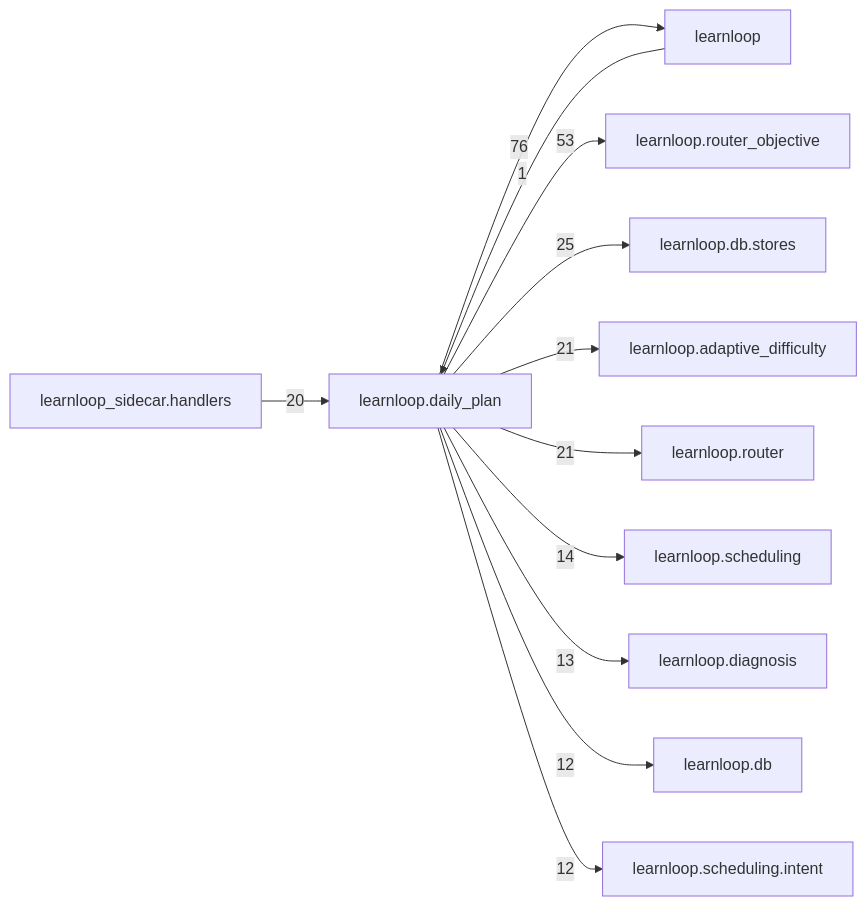
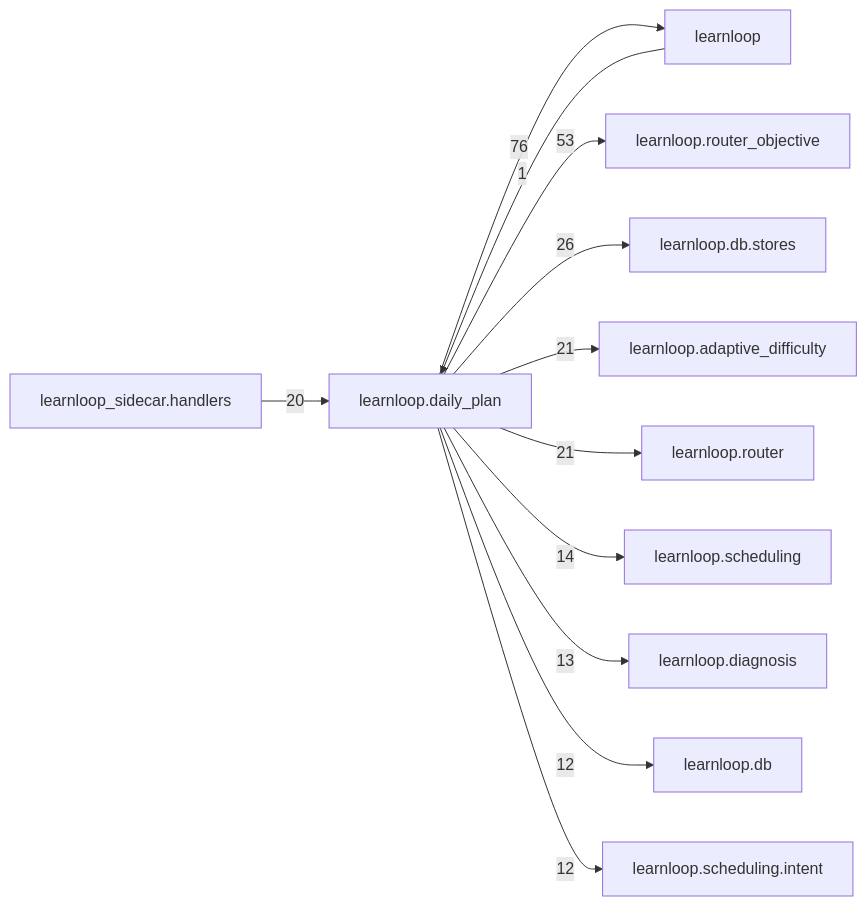
Before and after one commit to 6up-b/learnanything: the diagram in docs/learnloop-architecture-vault/Reference/Modules/learnloop/daily_plan/_package.md, drawn with Mermaid. The commit also changed other lines of this file and 32 other files, not shown here.

````diff
--- a/docs/learnloop-architecture-vault/Reference/Modules/learnloop/daily_plan/_package.md
+++ b/docs/learnloop-architecture-vault/Reference/Modules/learnloop/daily_plan/_package.md
@@ -176,25 +176,25 @@
 ```mermaid
 flowchart LR
     center["learnloop.daily_plan"]
     n_learnloop["learnloop"]
     n_learnloop_router_objective["learnloop.router_objective"]
     n_learnloop_db_stores["learnloop.db.stores"]
     n_learnloop_adaptive_difficulty["learnloop.adaptive_difficulty"]
     n_learnloop_router["learnloop.router"]
     n_learnloop_sidecar_handlers["learnloop_sidecar.handlers"]
     n_learnloop_scheduling["learnloop.scheduling"]
     n_learnloop_diagnosis["learnloop.diagnosis"]
     n_learnloop_db["learnloop.db"]
     n_learnloop_scheduling_intent["learnloop.scheduling.intent"]
     n_learnloop -->|1| center
     center -->|76| n_learnloop
     center -->|53| n_learnloop_router_objective
-    center -->|25| n_learnloop_db_stores
+    center -->|26| n_learnloop_db_stores
     center -->|21| n_learnloop_adaptive_difficulty
     center -->|21| n_learnloop_router
     n_learnloop_sidecar_handlers -->|20| center
     center -->|14| n_learnloop_scheduling
     center -->|13| n_learnloop_diagnosis
     center -->|12| n_learnloop_db
     center -->|12| n_learnloop_scheduling_intent
 ```
````
